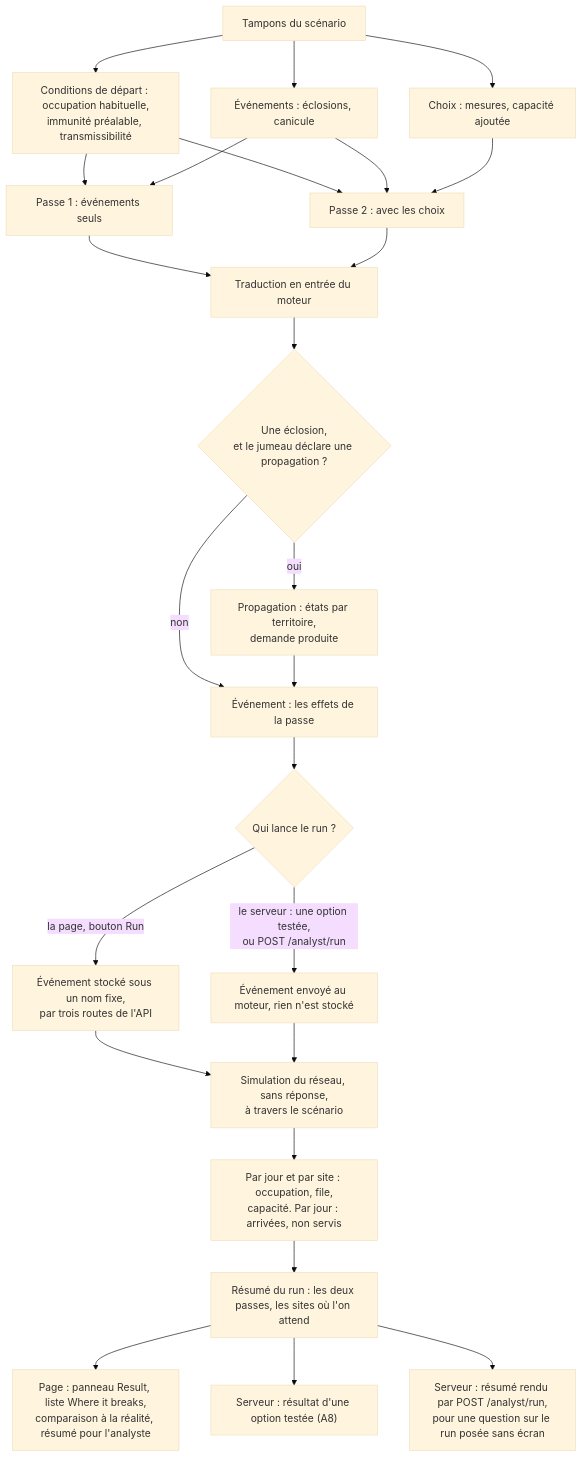
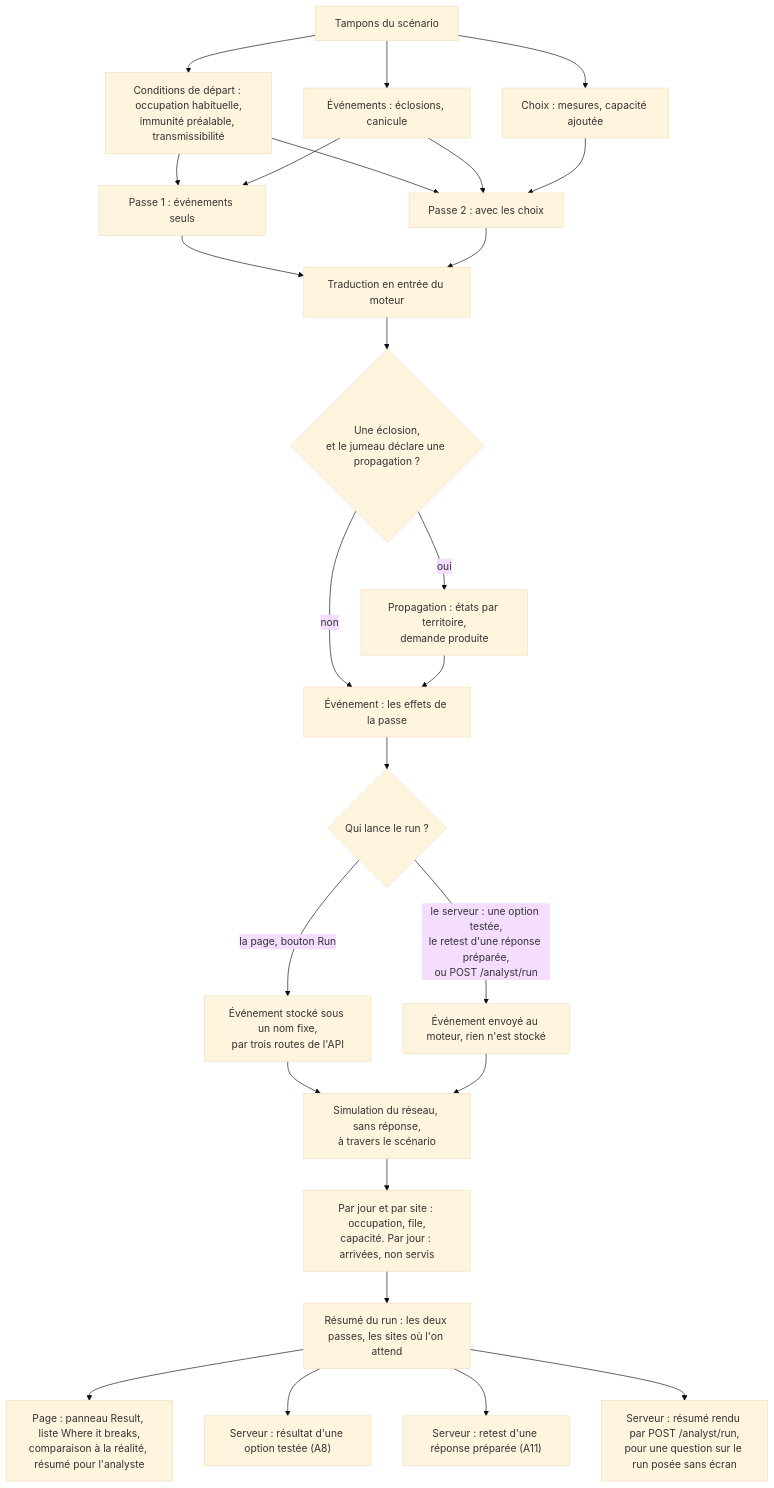
One commit to V1ktor7/obscyro changed the fourth of 33 diagrams in docs/algorithms.md. Above: the diagram before and after it, drawn with Mermaid (base theme). The commit also changed other lines of this file and 28 other files, not shown here.

````diff
--- a/docs/algorithms.md
+++ b/docs/algorithms.md
@@ -176,27 +177,28 @@
 ```mermaid
 flowchart TD
     S["Tampons du scénario"] --> C["Conditions de départ : occupation habituelle,<br/>immunité préalable, transmissibilité"]
     S --> E["Événements : éclosions, canicule"]
     S --> K["Choix : mesures, capacité ajoutée"]
     C --> V1["Passe 1 : événements seuls"]
     E --> V1
     C --> V2["Passe 2 : avec les choix"]
     E --> V2
     K --> V2
     V1 --> T["Traduction en entrée du moteur"]
     V2 --> T
     T --> P{"Une éclosion,<br/>et le jumeau déclare une propagation ?"}
     P -->|"oui"| SP["Propagation : états par territoire,<br/>demande produite"]
     P -->|"non"| EV["Événement : les effets de la passe"]
     SP --> EV
     EV --> W{"Qui lance le run ?"}
     W -->|"la page, bouton Run"| EP["Événement stocké sous un nom fixe,<br/>par trois routes de l'API"]
-    W -->|"le serveur : une option testée,<br/>ou POST /analyst/run"| ES["Événement envoyé au moteur, rien n'est stocké"]
+    W -->|"le serveur : une option testée,<br/>le retest d'une réponse préparée,<br/>ou POST /analyst/run"| ES["Événement envoyé au moteur, rien n'est stocké"]
     EP --> RUN["Simulation du réseau, sans réponse,<br/>à travers le scénario"]
     ES --> RUN
     RUN --> G["Par jour et par site : occupation, file,<br/>capacité. Par jour : arrivées, non servis"]
     G --> D["Résumé du run : les deux passes, les sites où l'on attend"]
     D --> R["Page : panneau Result, liste Where it breaks,<br/>comparaison à la réalité, résumé pour l'analyste"]
     D --> O["Serveur : résultat d'une option testée (A8)"]
+    D --> O3["Serveur : retest d'une réponse préparée (A11)"]
     D --> O2["Serveur : résumé rendu par POST /analyst/run,<br/>pour une question sur le run posée sans écran"]
 ```
````
